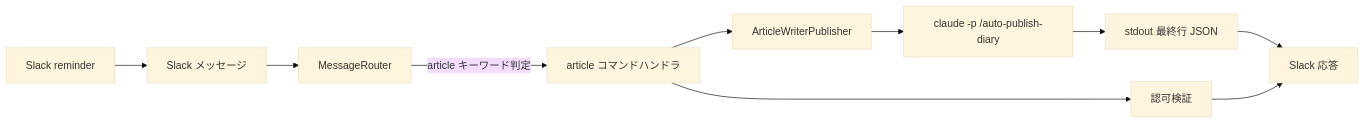
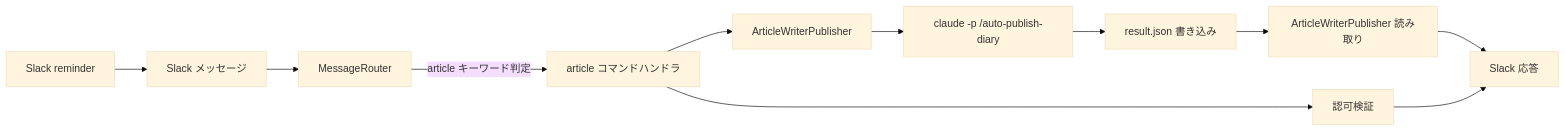
Before and after one commit to becky3/ai-assistant: the diagram in docs/specs/features/article-publishing.md, drawn with Mermaid (base theme). The commit also changed other lines of this file and 12 other files, not shown here.

First line of the commit message:
feat(article-publishing): Slack コマンド article write-hatena 実装 (#841)

````diff
--- a/docs/specs/features/article-publishing.md
+++ b/docs/specs/features/article-publishing.md
@@ -123,12 +149,13 @@
 ```mermaid
 graph LR
     A[Slack reminder] --> B[Slack メッセージ]
     B --> C[MessageRouter]
     C -->|article キーワード判定| D[article コマンドハンドラ]
     D --> E[認可検証]
     D --> F[ArticleWriterPublisher]
     F --> G[claude -p /auto-publish-diary]
-    G --> H[stdout 最終行 JSON]
-    H --> I[Slack 応答]
-    E --> I
+    G --> H[result.json 書き込み]
+    H --> I[ArticleWriterPublisher 読み取り]
+    I --> J[Slack 応答]
+    E --> J
 ```
````
